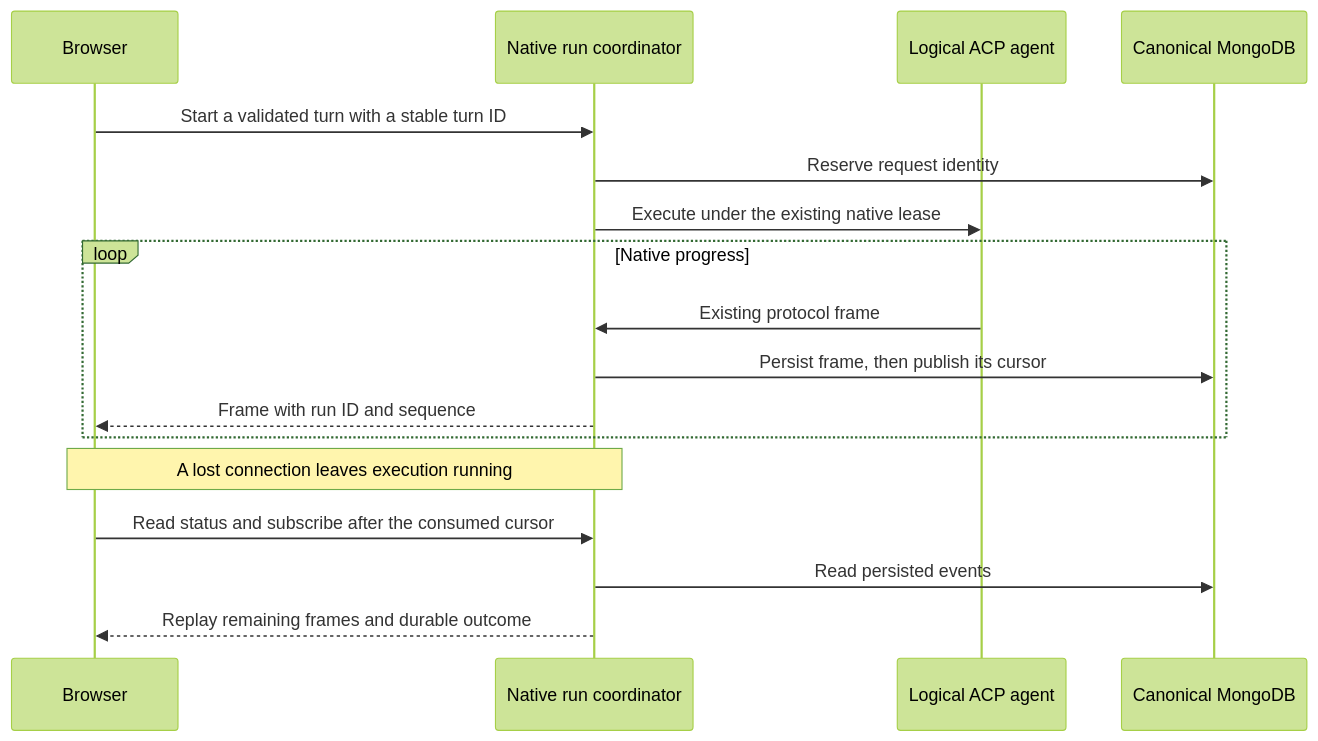
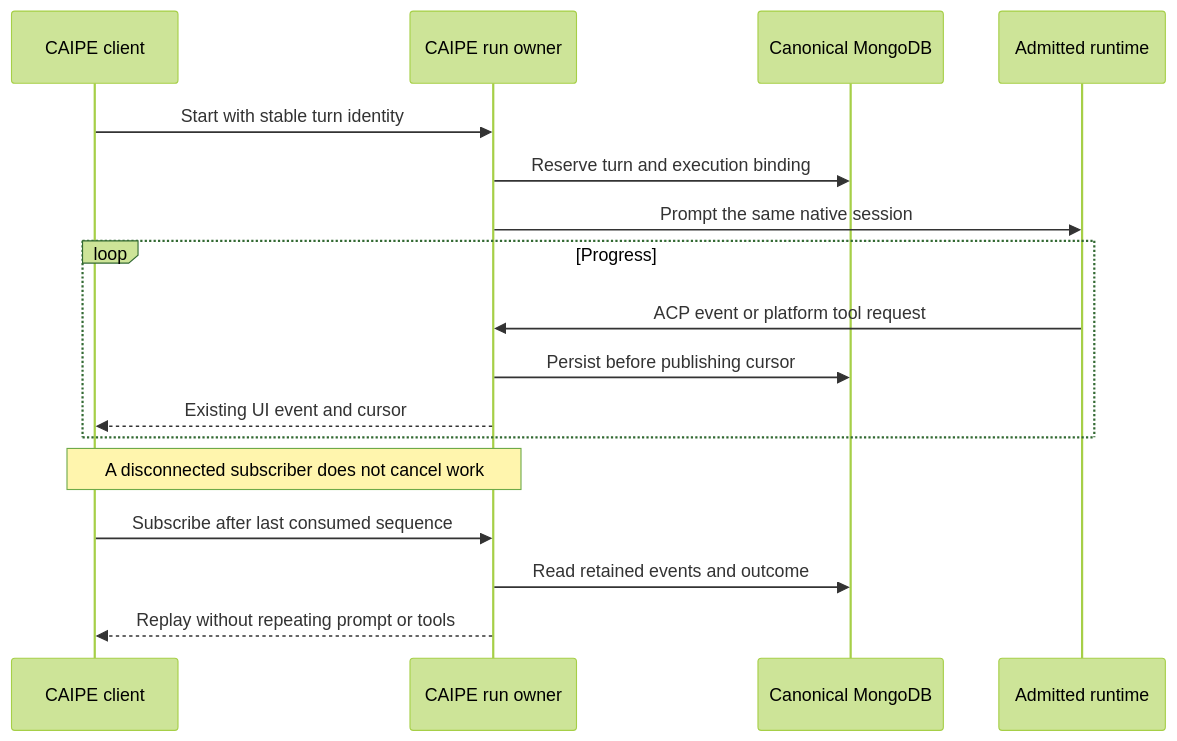
One commit to cnoe-io/ai-platform-engineering changed the second of 2 diagrams in docs/docs/architecture/native-acp-metaharness.md. Above: the diagram before and after it, drawn with Mermaid (forest theme). The commit also changed other lines of this file and 92 other files, not shown here.

First line of the commit message:
feat(dynamic-agents): add durable sandbox ACP harness placement

````diff
--- a/docs/docs/architecture/native-acp-metaharness.md
+++ b/docs/docs/architecture/native-acp-metaharness.md
@@ -229,19 +126,19 @@
 ```mermaid
 sequenceDiagram
-  participant UI as Browser
-  participant Service as Native run coordinator
-  participant Runtime as Logical ACP agent
+  participant UI as CAIPE client
+  participant Service as CAIPE run owner
   participant DB as Canonical MongoDB
-  UI->>Service: Start a validated turn with a stable turn ID
-  Service->>DB: Reserve request identity
-  Service->>Runtime: Execute under the existing native lease
-  loop Native progress
-    Runtime->>Service: Existing protocol frame
-    Service->>DB: Persist frame, then publish its cursor
-    Service-->>UI: Frame with run ID and sequence
+  participant Agent as Admitted runtime
+  UI->>Service: Start with stable turn identity
+  Service->>DB: Reserve turn and execution binding
+  Service->>Agent: Prompt the same native session
+  loop Progress
+    Agent->>Service: ACP event or platform tool request
+    Service->>DB: Persist before publishing cursor
+    Service-->>UI: Existing UI event and cursor
   end
-  Note over UI,Service: A lost connection leaves execution running
-  UI->>Service: Read status and subscribe after the consumed cursor
-  Service->>DB: Read persisted events
-  Service-->>UI: Replay remaining frames and durable outcome
+  Note over UI,Service: A disconnected subscriber does not cancel work
+  UI->>Service: Subscribe after last consumed sequence
+  Service->>DB: Read retained events and outcome
+  Service-->>UI: Replay without repeating prompt or tools
 ```
````
